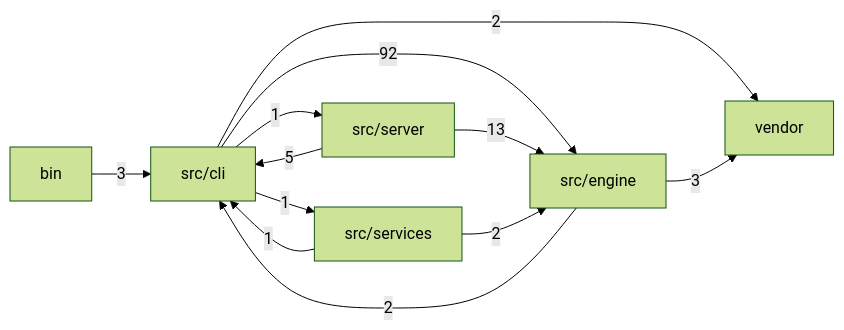
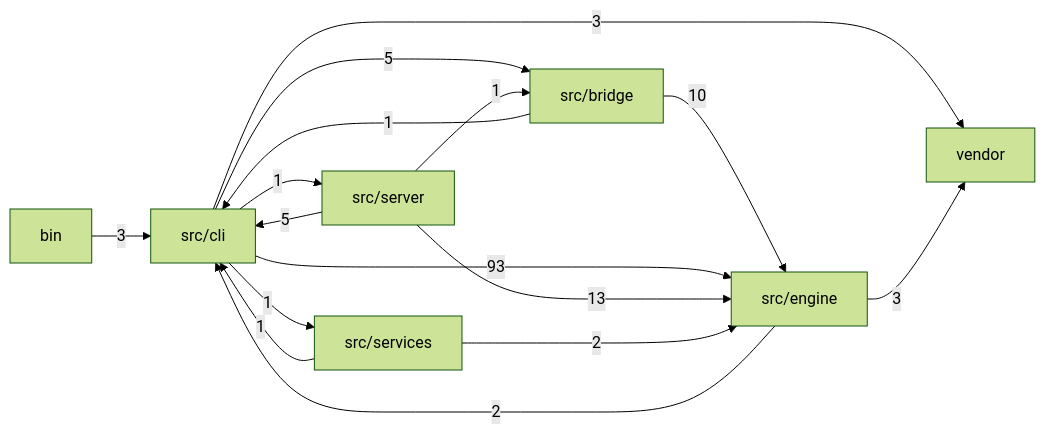
Before and after one commit to mgillr/memev: the first of 2 diagrams in docs/MODULES.md, drawn with Mermaid (forest theme). The commit also changed other lines of this file and 19 other files, not shown here.

````diff
--- a/docs/MODULES.md
+++ b/docs/MODULES.md
@@ -11,20 +11,25 @@
 ```mermaid
 flowchart LR
   bin["bin"]
+  bridge["src/bridge"]
   cli["src/cli"]
   engine["src/engine"]
   server["src/server"]
   services["src/services"]
   vendor["vendor"]
   bin -->|"3"| cli
-  cli -->|"92"| engine
+  bridge -->|"1"| cli
+  bridge -->|"10"| engine
+  cli -->|"5"| bridge
+  cli -->|"93"| engine
   cli -->|"1"| server
   cli -->|"1"| services
-  cli -->|"2"| vendor
+  cli -->|"3"| vendor
   engine -->|"2"| cli
   engine -->|"3"| vendor
+  server -->|"1"| bridge
   server -->|"5"| cli
   server -->|"13"| engine
   services -->|"1"| cli
   services -->|"2"| engine
 ```
````
